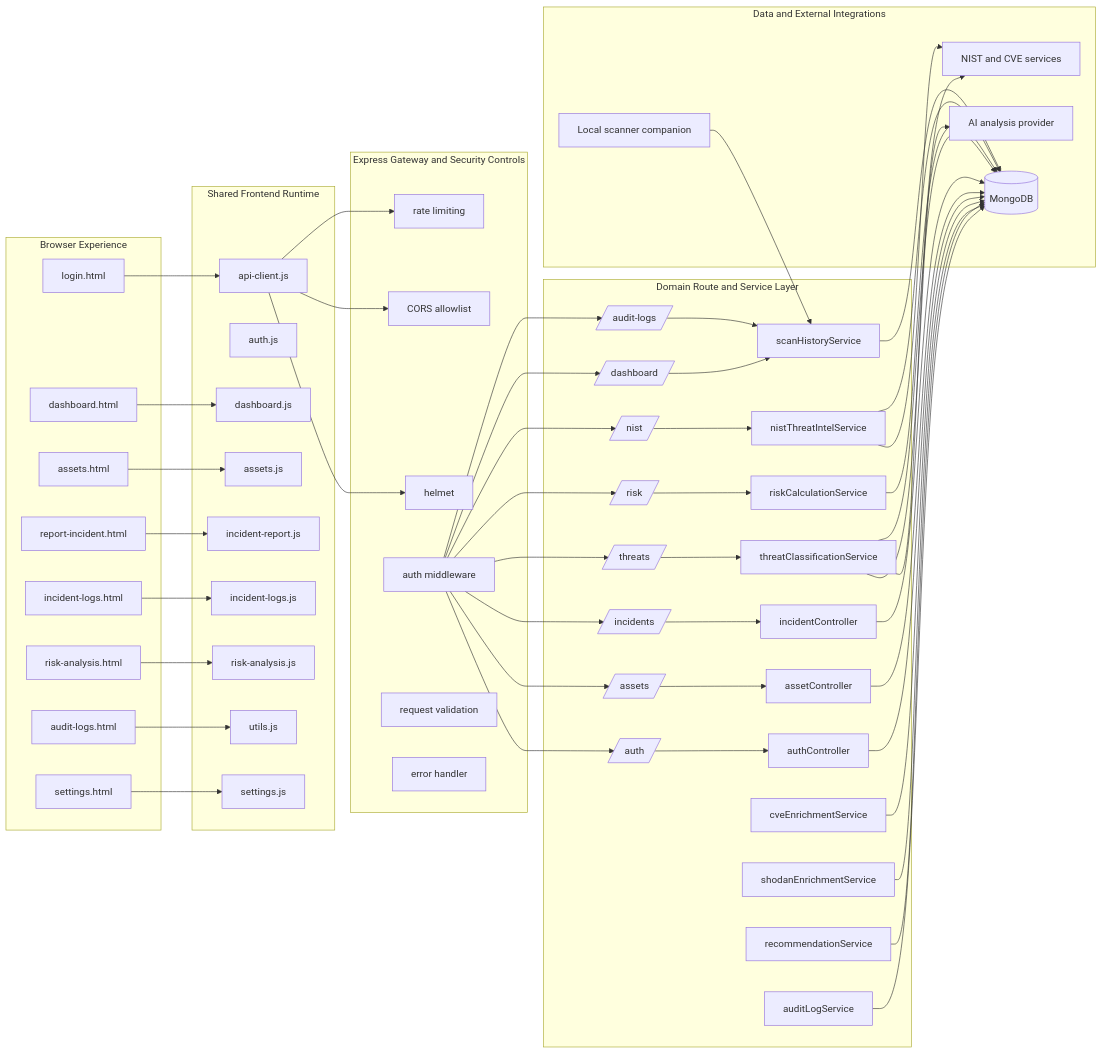
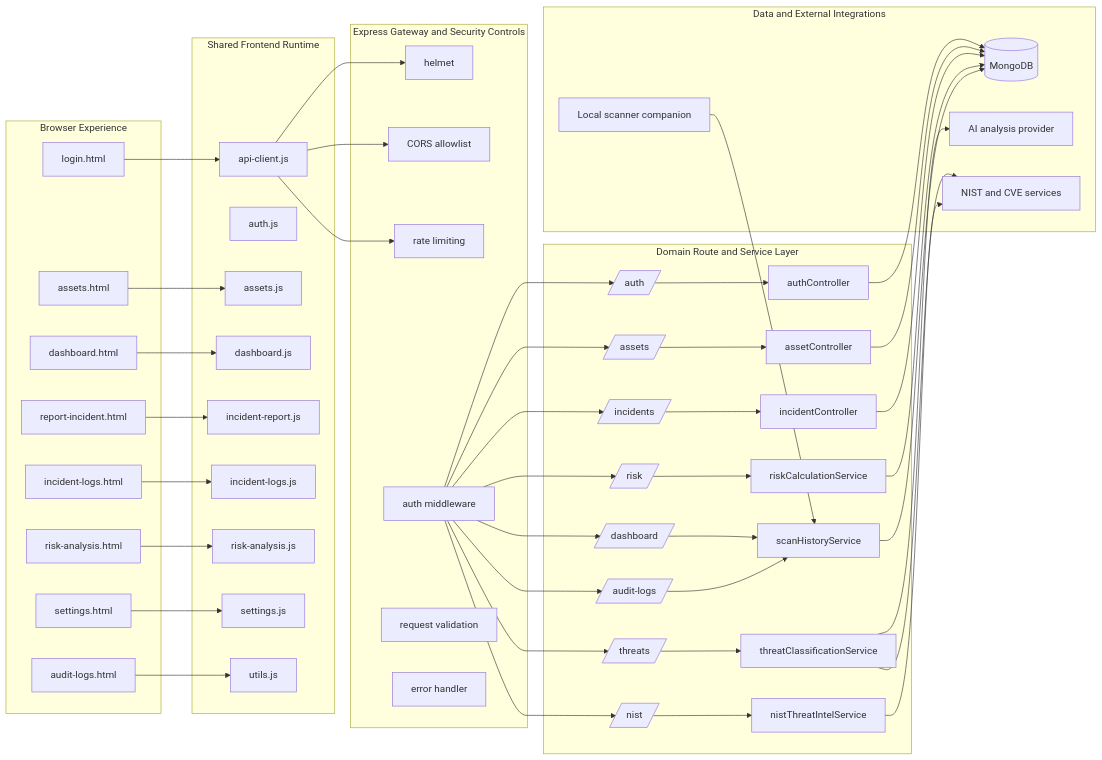
One commit to Minaga-S/Test-Project changed the first of 4 diagrams in technical-documentation/Hotel-Cybersecurity-Technical-Documentation-Standards.md. Above: the diagram before and after it, drawn with Mermaid. The commit also changed other lines of this file, not shown here.

````diff
--- a/technical-documentation/Hotel-Cybersecurity-Technical-Documentation-Standards.md
+++ b/technical-documentation/Hotel-Cybersecurity-Technical-Documentation-Standards.md
@@ -72,10 +72,6 @@
     S5[riskCalculationService]
     S6[nistThreatIntelService]
     S7[scanHistoryService]
-    S8[cveEnrichmentService]
-    S9[shodanEnrichmentService]
-    S10[recommendationService]
-    S11[auditLogService]
   end
 
   subgraph Data[Data and External Integrations]
@@ -120,14 +116,8 @@
   S3 --> D1
   S4 --> D2
   S4 --> D3
-  S4 --> D1
   S5 --> D1
   S6 --> D3
-  S6 --> D1
   S7 --> D1
-  S8 --> D1
-  S9 --> D1
-  S10 --> D1
-  S11 --> D1
   D4 --> S7
 ```
````
